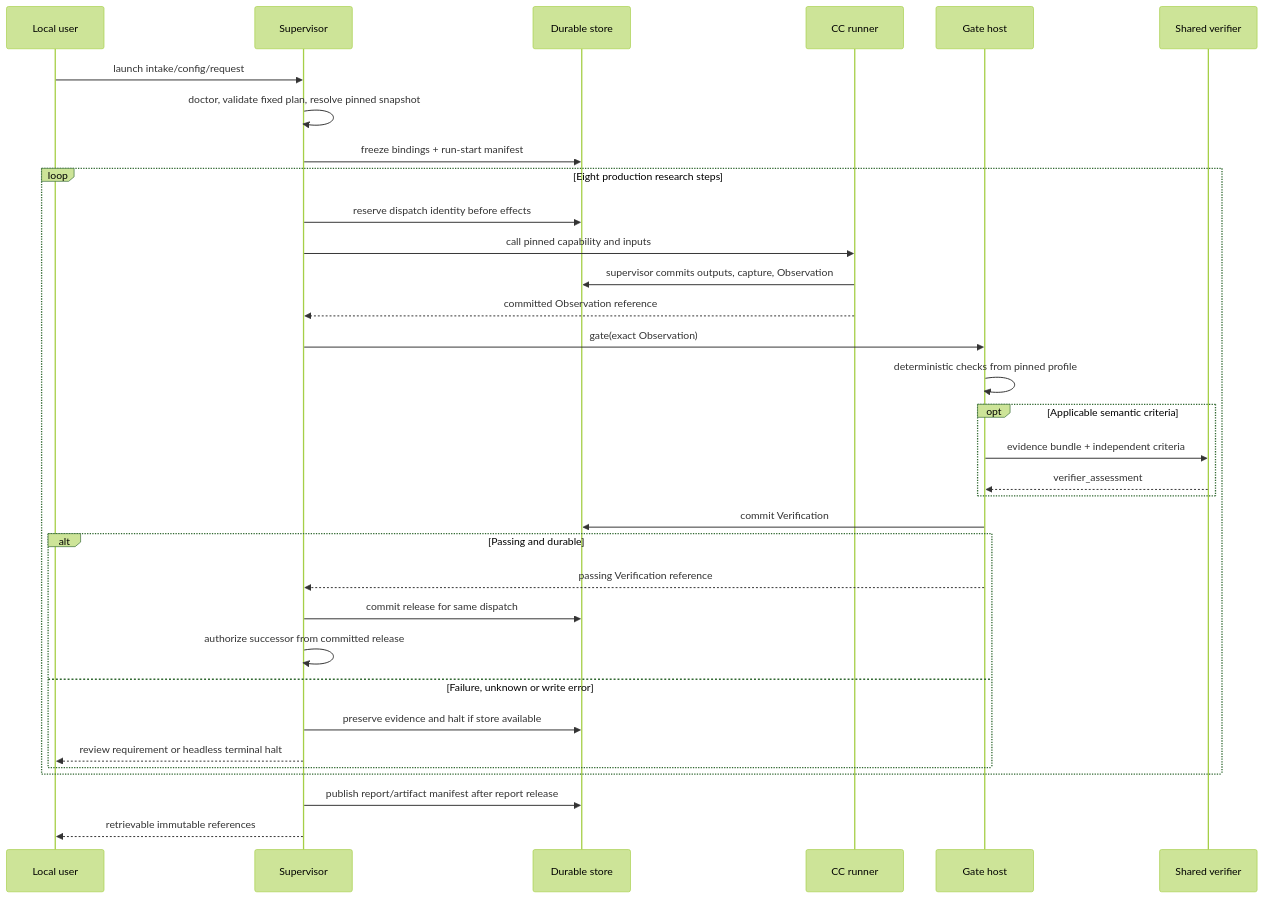
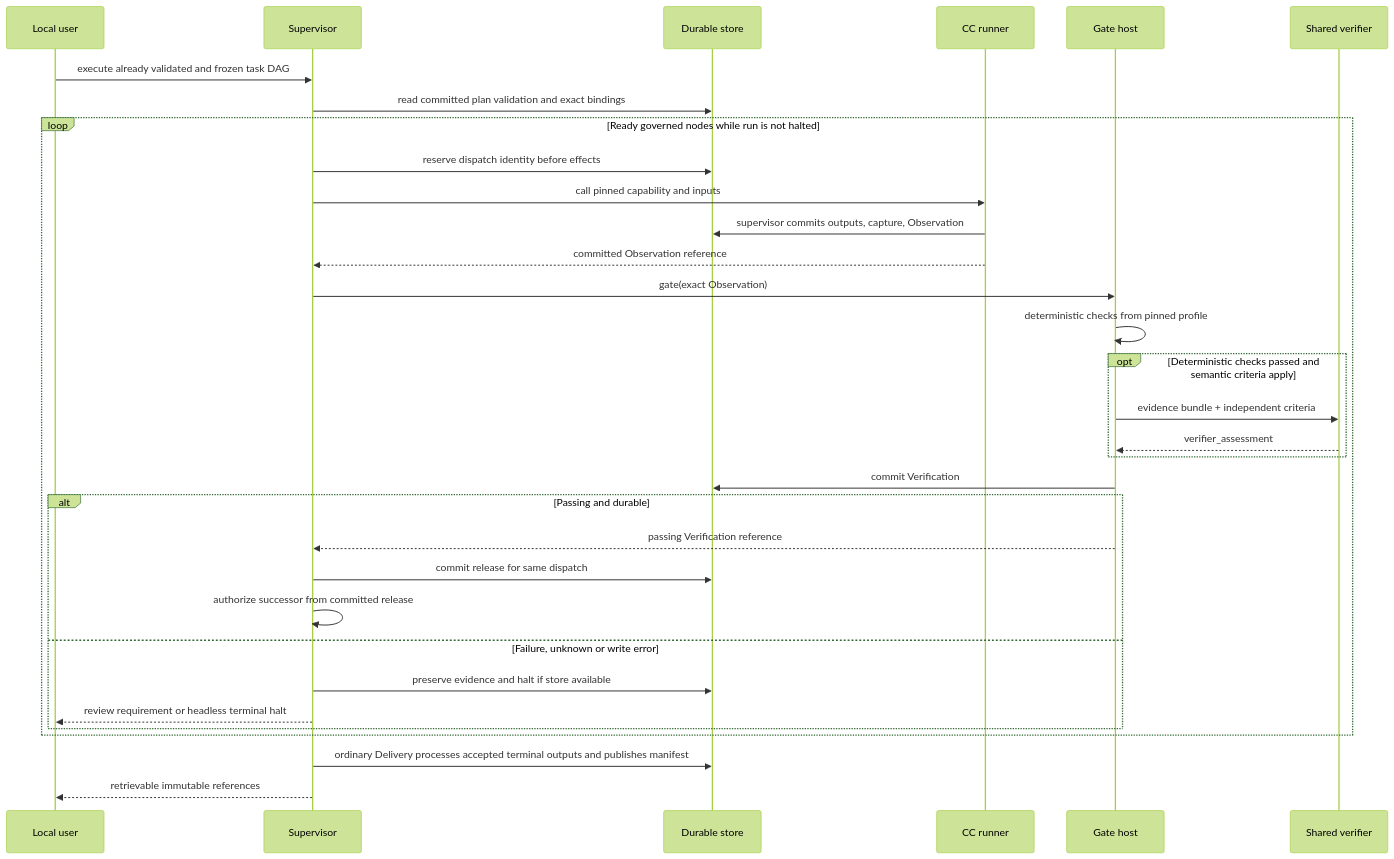
One commit to Stellven/jiuwenswarm changed the second of 4 diagrams in docs/architecture/system/temporal.md. Above: the diagram before and after it, drawn with Mermaid (forest theme). The commit also changed other lines of this file and 38 other files, not shown here.

Commit message:
Reconcile M1 information flow and Markdown around fixed preparation and planned DAG

````diff
--- a/docs/architecture/system/temporal.md
+++ b/docs/architecture/system/temporal.md
@@ -21,35 +74,34 @@
 ```mermaid
 sequenceDiagram
     participant U as Local user
     participant S as Supervisor
     participant D as Durable store
     participant R as CC runner
     participant G as Gate host
     participant V as Shared verifier
-    U->>S: launch intake/config/request
-    S->>S: doctor, validate fixed plan, resolve pinned snapshot
-    S->>D: freeze bindings + run-start manifest
-    loop Eight production research steps
+    U->>S: execute already validated and frozen task DAG
+    S->>D: read committed plan validation and exact bindings
+    loop Ready governed nodes while run is not halted
         S->>D: reserve dispatch identity before effects
         S->>R: call pinned capability and inputs
         R->>D: supervisor commits outputs, capture, Observation
         R-->>S: committed Observation reference
         S->>G: gate(exact Observation)
         G->>G: deterministic checks from pinned profile
-        opt Applicable semantic criteria
+        opt Deterministic checks passed and semantic criteria apply
             G->>V: evidence bundle + independent criteria
             V-->>G: verifier_assessment
         end
         G->>D: commit Verification
         alt Passing and durable
             G-->>S: passing Verification reference
             S->>D: commit release for same dispatch
             S->>S: authorize successor from committed release
         else Failure, unknown or write error
             S->>D: preserve evidence and halt if store available
             S-->>U: review requirement or headless terminal halt
         end
     end
-    S->>D: publish report/artifact manifest after report release
+    S->>D: ordinary Delivery processes accepted terminal outputs and publishes manifest
     S-->>U: retrievable immutable references
 ```
````
